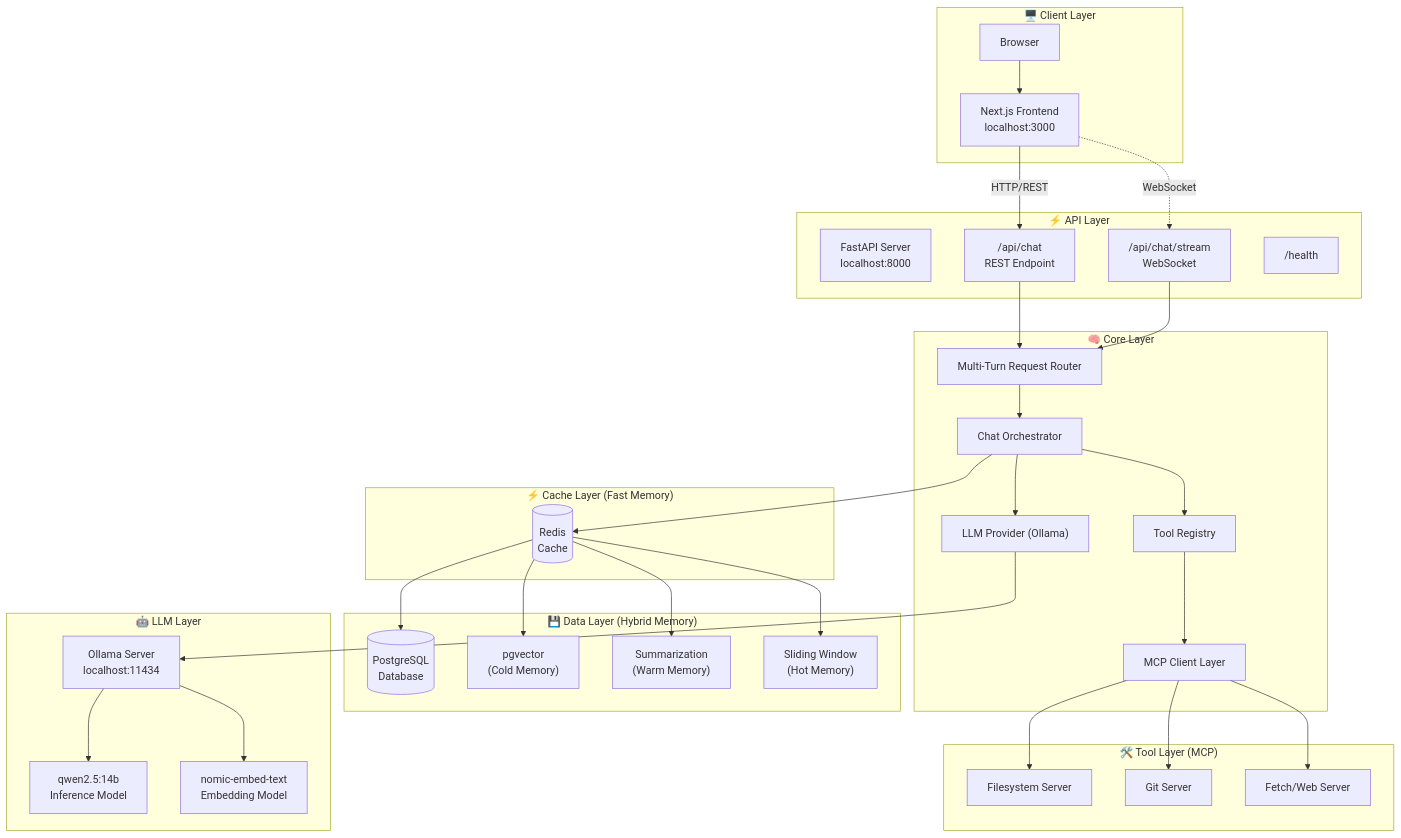
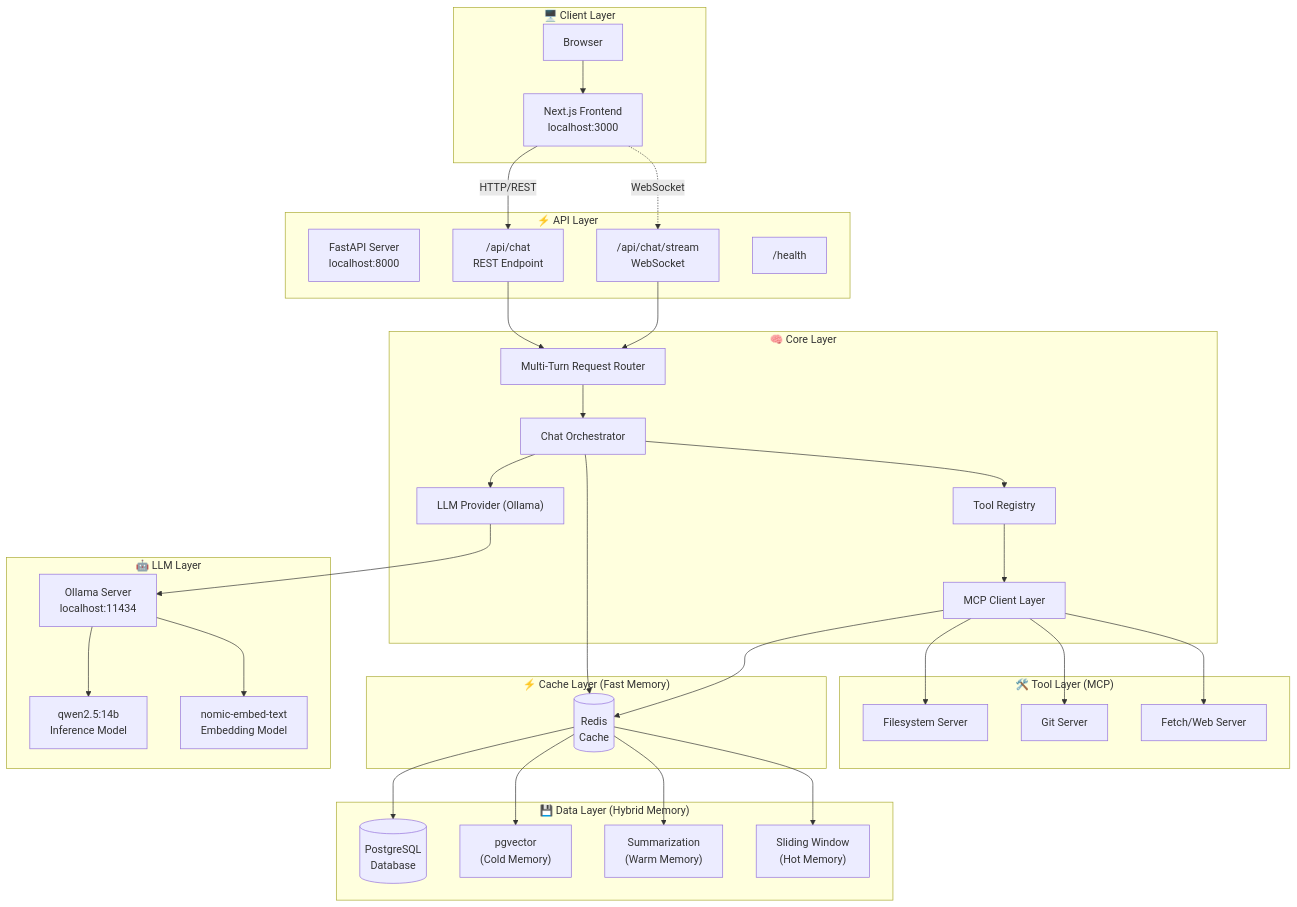
The first of 6 diagrams in README.md (Manthya/chatbot-ai-systems-production), drawn with Mermaid before and after one commit. The commit also changed other lines of this file and 8 other files, not shown here.

````diff
--- a/README.md
+++ b/README.md
@@ -79,66 +79,67 @@
 ```mermaid
 flowchart TB
     subgraph Client["🖥️ Client Layer"]
         Browser["Browser"]
         UI["Next.js Frontend<br/>localhost:3000"]
     end
     
     subgraph API["⚡ API Layer"]
         FastAPI["FastAPI Server<br/>localhost:8000"]
         REST["/api/chat<br/>REST Endpoint"]
         WS["/api/chat/stream<br/>WebSocket"]
         Health["/health"]
     end
     
     subgraph Core["🧠 Core Layer"]
         Router["Multi-Turn Request Router"]
         Provider["LLM Provider (Ollama)"]
         Registry["Tool Registry"]
         MCPClient["MCP Client Layer"]
         Orchestrator["Chat Orchestrator"]
     end
 
     subgraph Data["💾 Data Layer (Hybrid Memory)"]
         DB[(PostgreSQL\nDatabase)]
         Vector["pgvector\n(Cold Memory)"]
         Summary["Summarization\n(Warm Memory)"]
         Window["Sliding Window\n(Hot Memory)"]
     end
     
     subgraph Tools["🛠️ Tool Layer (MCP)"]
         FS["Filesystem Server"]
         Git["Git Server"]
         Fetch["Fetch/Web Server"]
     end
 
     subgraph Cache["⚡ Cache Layer (Fast Memory)"]
         Redis[(Redis\nCache)]
     end
     
     subgraph LLM["🤖 LLM Layer"]
         Ollama["Ollama Server<br/>localhost:11434"]
         Inference["qwen2.5:14b<br/>Inference Model"]
         Embed["nomic-embed-text<br/>Embedding Model"]
     end
     
     Browser --> UI
     UI -->|HTTP/REST| REST
     UI -.->|WebSocket| WS
     REST --> Router
     WS --> Router
     Router --> Orchestrator
     Orchestrator --> Provider
     Orchestrator --> Registry
     Orchestrator --> Redis
     Redis --> DB
     Redis --> Vector
     Redis --> Summary
     Redis --> Window
     Provider --> Ollama
     Ollama --> Inference
     Ollama --> Embed
     Registry --> MCPClient
+    MCPClient --> Redis
     MCPClient --> FS
     MCPClient --> Git
     MCPClient --> Fetch
 ```
````
